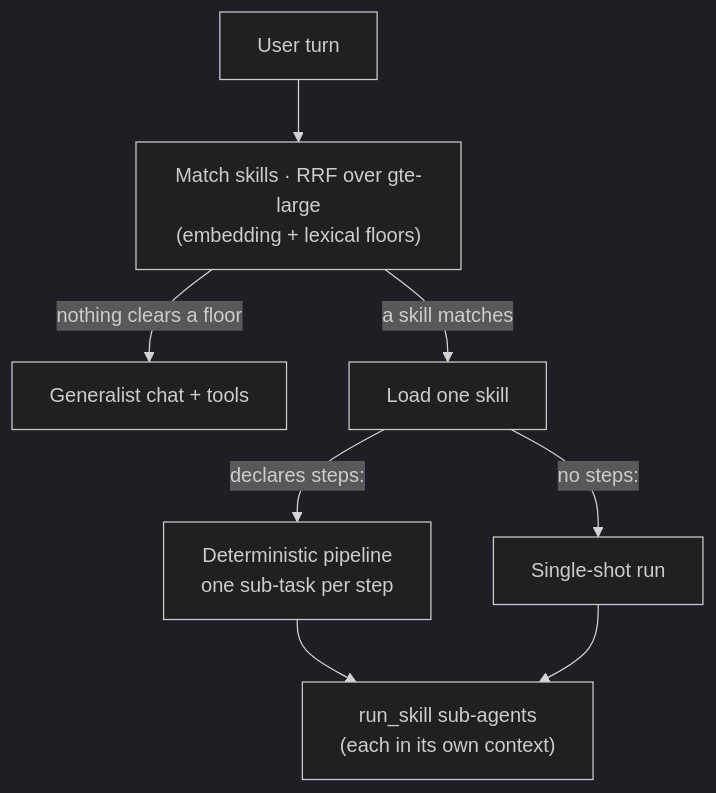
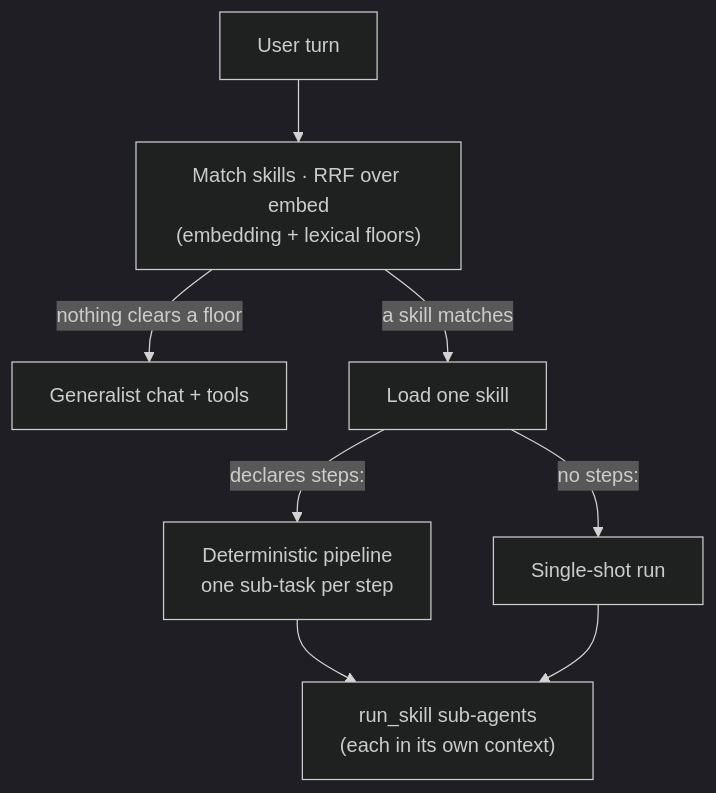
One commit to danielAsaboro/Leash changed the diagram in docs/explanation/the-skills-harness.mdx. Above: the diagram before and after it, drawn with Mermaid (dark theme). The commit also changed other lines of this file and 65 other files, not shown here.

````diff
--- a/docs/explanation/the-skills-harness.mdx
+++ b/docs/explanation/the-skills-harness.mdx
@@ -27,10 +27,10 @@
 ```mermaid
 flowchart TB
-    Prompt["User turn"] --> Match["Match skills · RRF over gte-large<br/>(embedding + lexical floors)"]
+    Prompt["User turn"] --> Match["Match skills · RRF over embed<br/>(embedding + lexical floors)"]
     Match -->|"nothing clears a floor"| Chat["Generalist chat + tools"]
     Match -->|"a skill matches"| Skill["Load one skill"]
     Skill -->|"declares steps:"| Pipeline["Deterministic pipeline<br/>one sub-task per step"]
     Skill -->|"no steps:"| Single["Single-shot run"]
     Pipeline --> Sub["run_skill sub-agents<br/>(each in its own context)"]
     Single --> Sub
 ```
````
